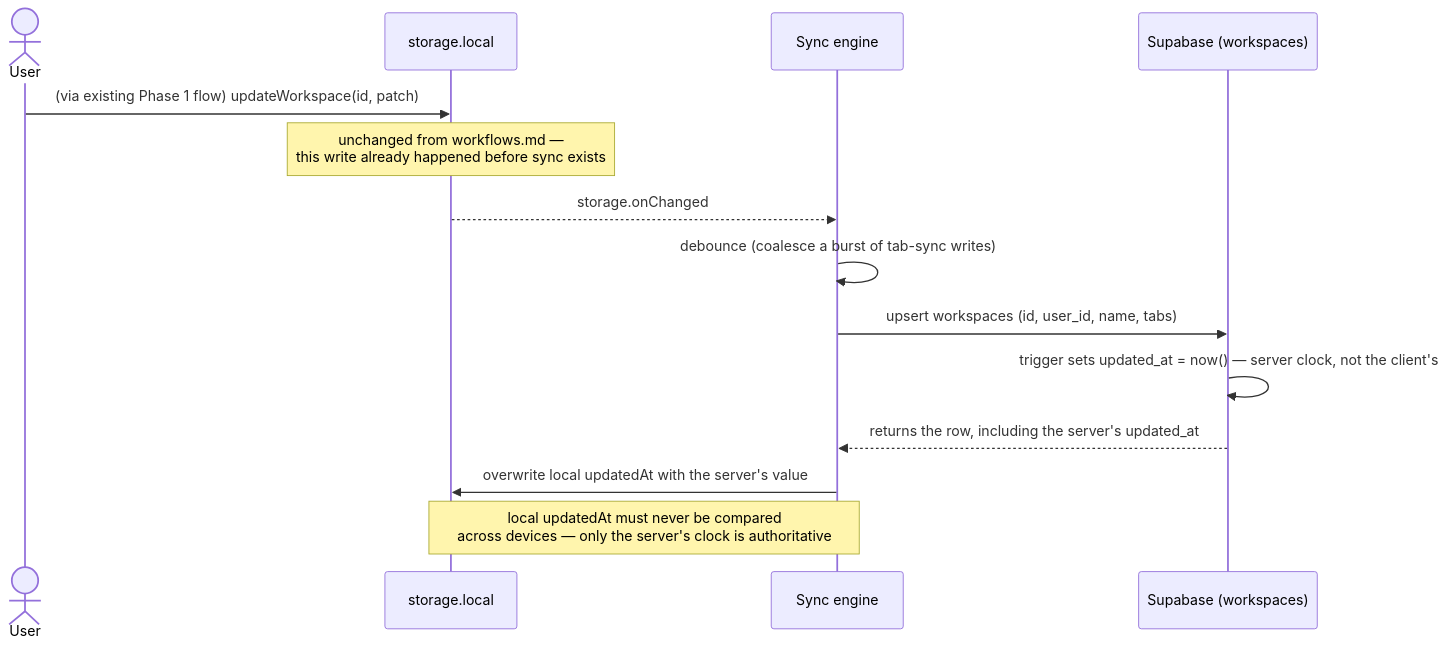
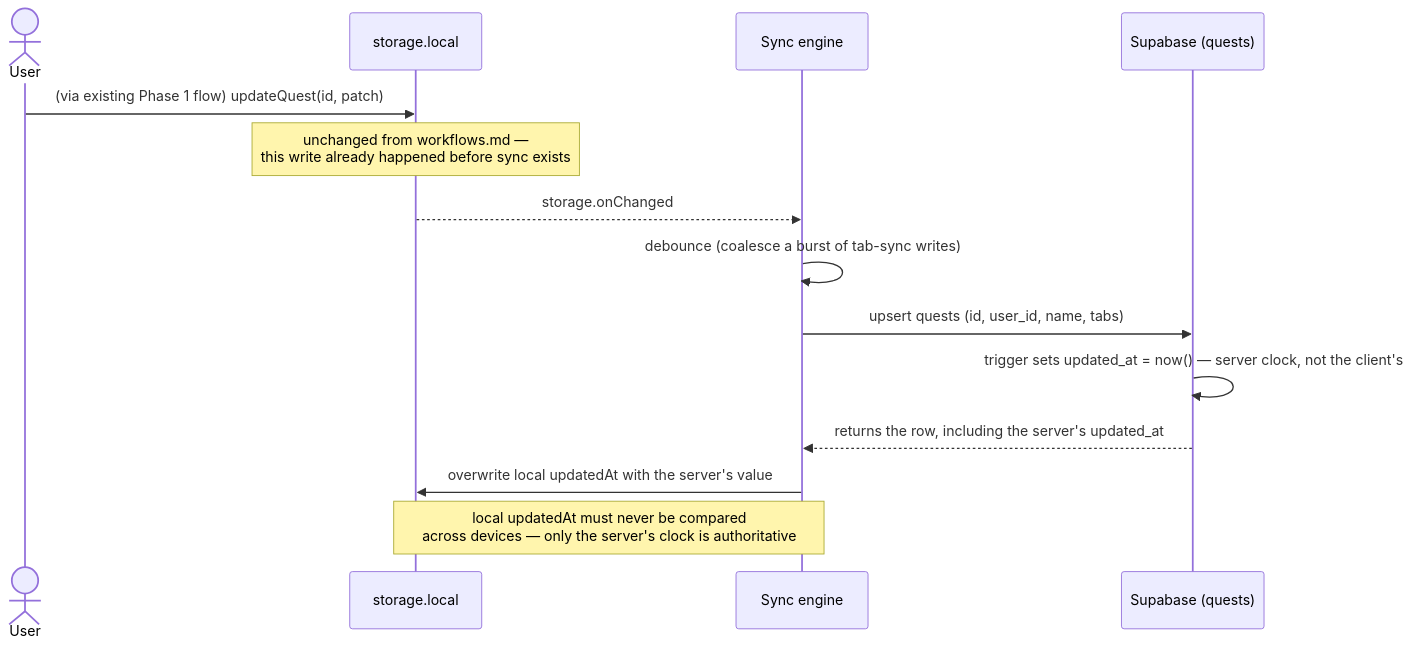
The third of 8 diagrams in docs/architecture-sync.md (enyhma/cntxt), drawn with Mermaid before and after one commit. The commit also changed other lines of this file and 9 other files, not shown here.

````diff
--- a/docs/architecture-sync.md
+++ b/docs/architecture-sync.md
@@ -126,17 +128,17 @@
 ```mermaid
 sequenceDiagram
     actor User
     participant Local as storage.local
     participant Sync as Sync engine
-    participant PG as Supabase (workspaces)
+    participant PG as Supabase (quests)
 
-    User->>Local: (via existing Phase 1 flow) updateWorkspace(id, patch)
+    User->>Local: (via existing Phase 1 flow) updateQuest(id, patch)
     Note over Local: unchanged from workflows.md —<br/>this write already happened before sync exists
     Local-->>Sync: storage.onChanged
     Sync->>Sync: debounce (coalesce a burst of tab-sync writes)
-    Sync->>PG: upsert workspaces (id, user_id, name, tabs)
+    Sync->>PG: upsert quests (id, user_id, name, tabs)
     PG->>PG: trigger sets updated_at = now() — server clock, not the client's
     PG-->>Sync: returns the row, including the server's updated_at
     Sync->>Local: overwrite local updatedAt with the server's value
     Note over Sync,Local: local updatedAt must never be compared<br/>across devices — only the server's clock is authoritative
 ```
````
